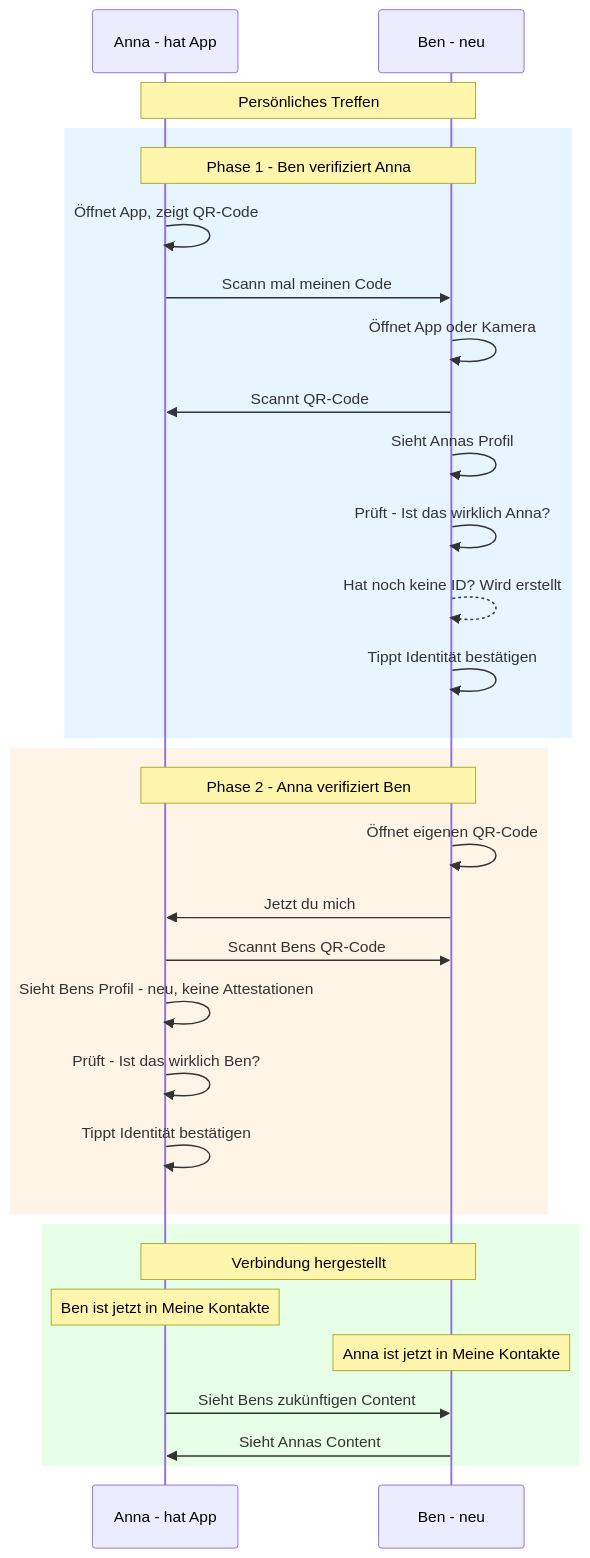
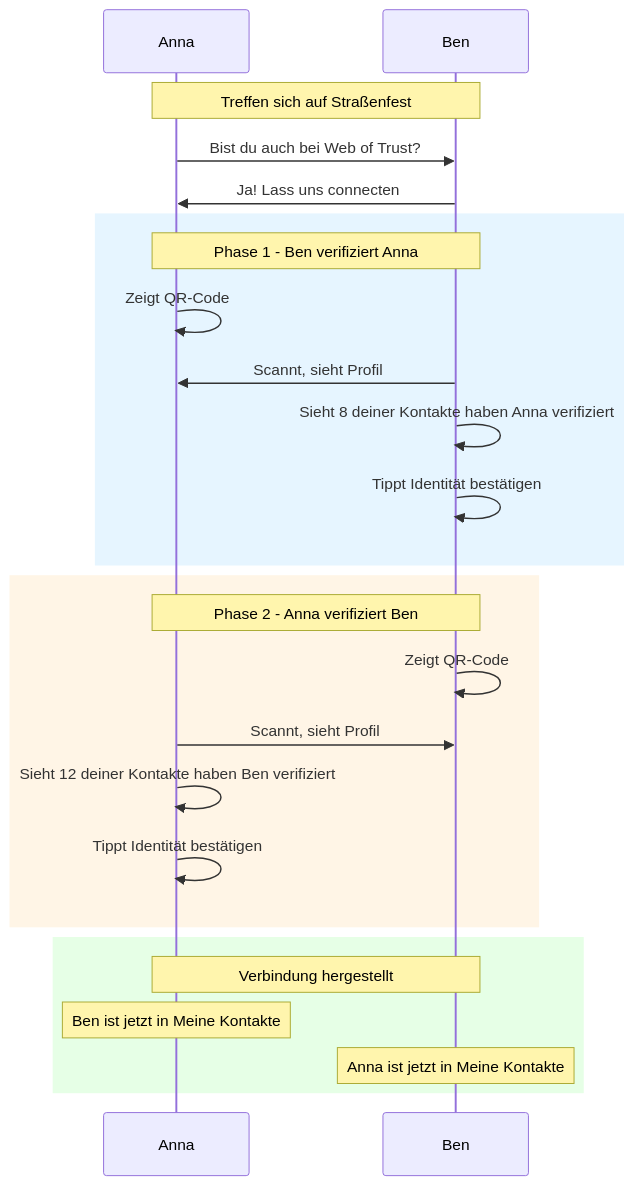
The first of 2 diagrams in 02-verifizierung-nutzer-flow.md (antontranelis/web-of-trust-concept), drawn with Mermaid before and after one commit. The commit also changed other lines of this file and 1 other file, not shown here.

````diff
--- a/02-verifizierung-nutzer-flow.md
+++ b/02-verifizierung-nutzer-flow.md
@@ -7,37 +7,32 @@
 ```mermaid
 sequenceDiagram
-    participant A as Anna - hat App
-    participant B as Ben - neu
+    participant A as Anna
+    participant B as Ben
 
-    Note over A,B: Persönliches Treffen
+    Note over A,B: Treffen sich auf Straßenfest
 
+    A->>B: Bist du auch bei Web of Trust?
+    B->>A: Ja! Lass uns connecten
+    
     rect rgb(230, 245, 255)
         Note over A,B: Phase 1 - Ben verifiziert Anna
-        A->>A: Öffnet App, zeigt QR-Code
-        A->>B: Scann mal meinen Code
-        B->>B: Öffnet App oder Kamera
-        B->>A: Scannt QR-Code
-        B->>B: Sieht Annas Profil
-        B->>B: Prüft - Ist das wirklich Anna?
-        B-->>B: Hat noch keine ID? Wird erstellt
+        A->>A: Zeigt QR-Code
+        B->>A: Scannt, sieht Profil
+        B->>B: Sieht 8 deiner Kontakte haben Anna verifiziert
         B->>B: Tippt Identität bestätigen
     end
-
+    
     rect rgb(255, 245, 230)
         Note over A,B: Phase 2 - Anna verifiziert Ben
-        B->>B: Öffnet eigenen QR-Code
-        B->>A: Jetzt du mich
-        A->>B: Scannt Bens QR-Code
-        A->>A: Sieht Bens Profil - neu, keine Attestationen
-        A->>A: Prüft - Ist das wirklich Ben?
+        B->>B: Zeigt QR-Code
+        A->>B: Scannt, sieht Profil
+        A->>A: Sieht 12 deiner Kontakte haben Ben verifiziert
         A->>A: Tippt Identität bestätigen
     end
-
+    
     rect rgb(230, 255, 230)
         Note over A,B: Verbindung hergestellt
         Note over A: Ben ist jetzt in Meine Kontakte
         Note over B: Anna ist jetzt in Meine Kontakte
-        A->>B: Sieht Bens zukünftigen Content
-        B->>A: Sieht Annas Content
     end
 ```
````
